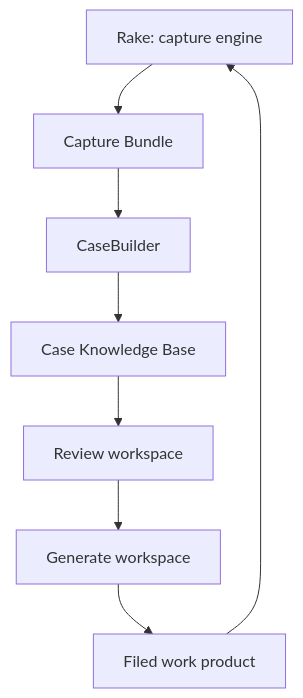
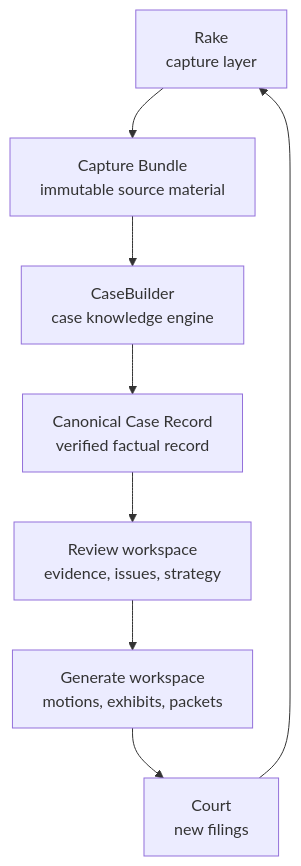
One commit to jwogrady/casebuilder changed the second of 2 diagrams in README.md. Above: the diagram before and after it, drawn with Mermaid. The commit also changed other lines of this file, not shown here.

Commit message:
docs: redesign product front door

````diff
--- a/README.md
+++ b/README.md
@@ -51,18 +62,18 @@
 ```mermaid
 flowchart TD
-    Rake[Rake: capture engine]
-    Bundle[Capture Bundle]
-    Builder[CaseBuilder]
-    KB[Case Knowledge Base]
-    Review[Review workspace]
-    Generate[Generate workspace]
-    Filed[Filed work product]
+    Rake[Rake<br/>capture layer]
+    CaptureBundle[Capture Bundle<br/>immutable source material]
+    Builder[CaseBuilder<br/>case knowledge engine]
+    Record[Canonical Case Record<br/>verified factual record]
+    Review[Review workspace<br/>evidence, issues, strategy]
+    Generate[Generate workspace<br/>motions, exhibits, packets]
+    Court[Court<br/>new filings]
 
-    Rake --> Bundle
-    Bundle --> Builder
-    Builder --> KB
-    KB --> Review
+    Rake --> CaptureBundle
+    CaptureBundle --> Builder
+    Builder --> Record
+    Record --> Review
     Review --> Generate
-    Generate --> Filed
-    Filed --> Rake
+    Generate --> Court
+    Court --> Rake
 ```
````
